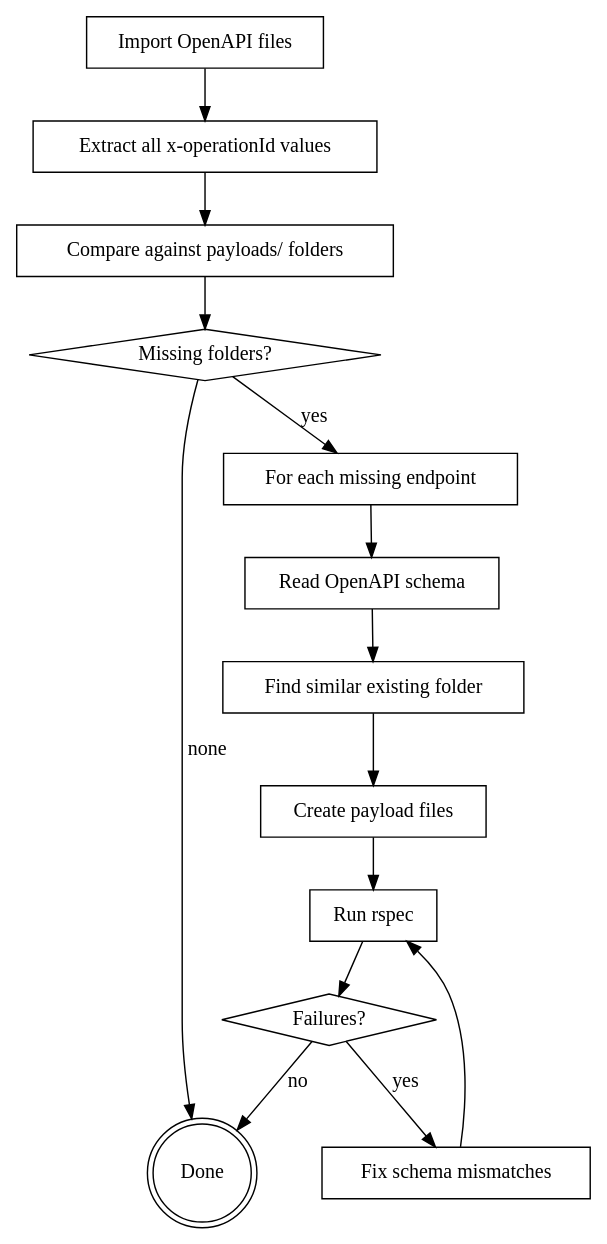
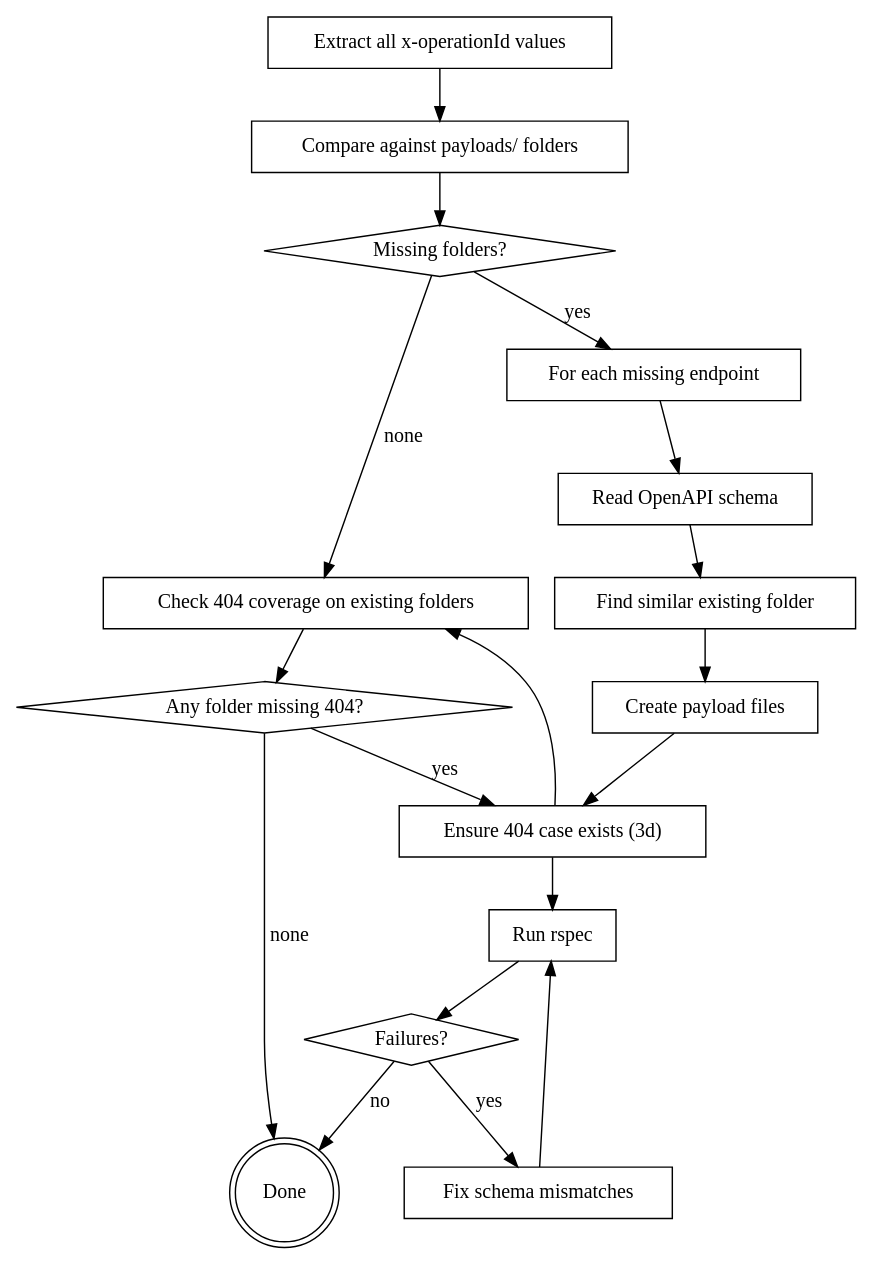
The diagram in mocks/.claude/skills/siade-sync-openapi-payloads/SKILL.md (datagouv/apistration), drawn with Graphviz before and after one commit. The commit also changed other lines of this file, not shown here.

First line of the commit message:
Update siade-sync-openapi-payloads skill for 404 coverage

````diff
--- a/mocks/.claude/skills/siade-sync-openapi-payloads/SKILL.md
+++ b/mocks/.claude/skills/siade-sync-openapi-payloads/SKILL.md
@@ -21,30 +22,36 @@
 ```dot
 digraph sync_flow {
-    "Import OpenAPI files" [shape=box];
     "Extract all x-operationId values" [shape=box];
     "Compare against payloads/ folders" [shape=box];
     "Missing folders?" [shape=diamond];
+    "Check 404 coverage on existing folders" [shape=box];
+    "Any folder missing 404?" [shape=diamond];
     "Done" [shape=doublecircle];
     "For each missing endpoint" [shape=box];
     "Read OpenAPI schema" [shape=box];
     "Find similar existing folder" [shape=box];
     "Create payload files" [shape=box];
+    "Ensure 404 case exists (3d)" [shape=box];
     "Run rspec" [shape=box];
     "Failures?" [shape=diamond];
     "Fix schema mismatches" [shape=box];
 
-    "Import OpenAPI files" -> "Extract all x-operationId values";
     "Extract all x-operationId values" -> "Compare against payloads/ folders";
     "Compare against payloads/ folders" -> "Missing folders?";
-    "Missing folders?" -> "Done" [label="none"];
+    "Missing folders?" -> "Check 404 coverage on existing folders" [label="none"];
     "Missing folders?" -> "For each missing endpoint" [label="yes"];
     "For each missing endpoint" -> "Read OpenAPI schema";
     "Read OpenAPI schema" -> "Find similar existing folder";
     "Find similar existing folder" -> "Create payload files";
-    "Create payload files" -> "Run rspec";
+    "Create payload files" -> "Ensure 404 case exists (3d)";
+    "Ensure 404 case exists (3d)" -> "Check 404 coverage on existing folders";
+    "Check 404 coverage on existing folders" -> "Any folder missing 404?";
+    "Any folder missing 404?" -> "Done" [label="none"];
+    "Any folder missing 404?" -> "Ensure 404 case exists (3d)" [label="yes"];
+    "Ensure 404 case exists (3d)" -> "Run rspec";
     "Run rspec" -> "Failures?";
     "Failures?" -> "Done" [label="no"];
     "Failures?" -> "Fix schema mismatches" [label="yes"];
     "Fix schema mismatches" -> "Run rspec";
 }
 ```
````
